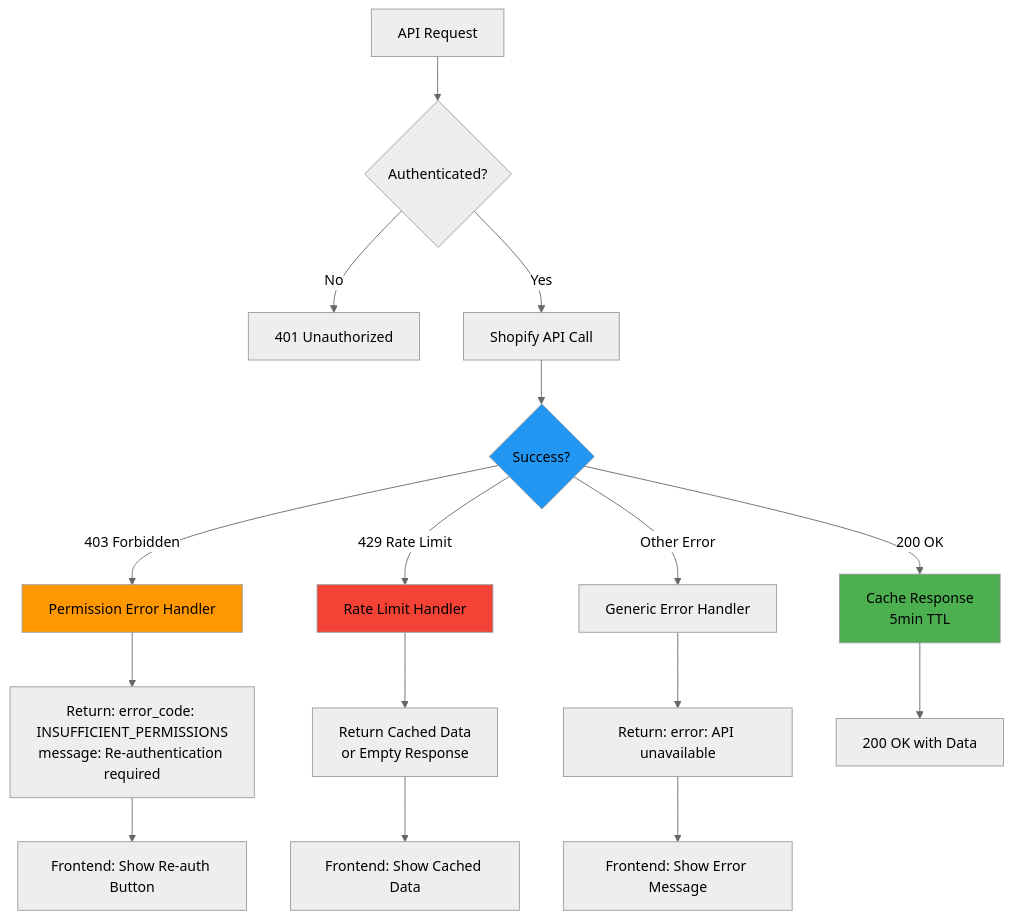
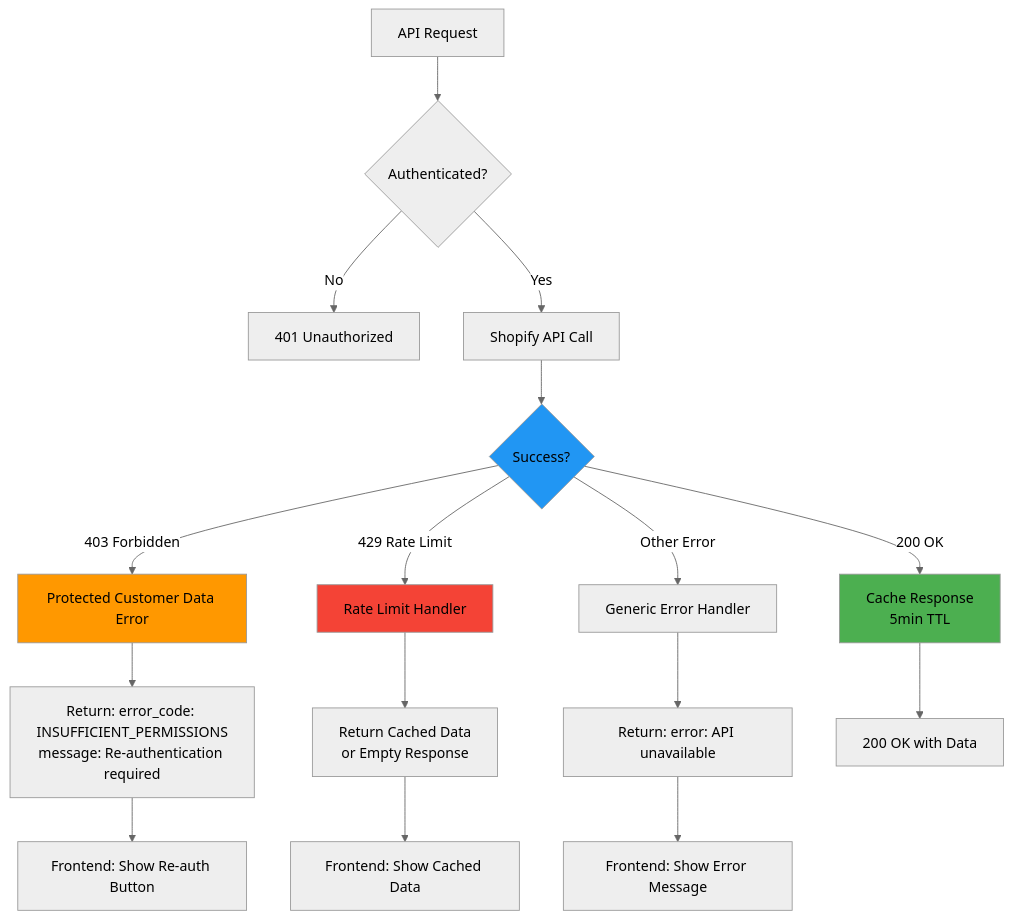
Before and after one commit to teja230/storesight: the fourth of 4 diagrams in README.md, drawn with Mermaid (neutral theme). The commit also changed other lines of this file, not shown here.

Commit message:
Update README.md; enhance project description, architecture details, and deployment instructions

````diff
--- a/README.md
+++ b/README.md
@@ -170,26 +178,26 @@
 ```mermaid
 graph TD
     Request[API Request] --> Auth{Authenticated?}
     Auth -->|No| Unauthorized[401 Unauthorized]
     Auth -->|Yes| Shopify[Shopify API Call]
     
     Shopify --> Success{Success?}
     Success -->|200 OK| Cache[Cache Response<br/>5min TTL]
-    Success -->|403 Forbidden| PermError[Permission Error Handler]
+    Success -->|403 Forbidden| PermError[Protected Customer Data Error]
     Success -->|429 Rate Limit| RateLimit[Rate Limit Handler]
     Success -->|Other Error| GenError[Generic Error Handler]
     
     PermError --> PermResponse[Return: error_code: INSUFFICIENT_PERMISSIONS<br/>message: Re-authentication required]
     RateLimit --> Fallback[Return Cached Data<br/>or Empty Response]
     GenError --> ErrorResponse[Return: error: API unavailable]
     
     Cache --> Response[200 OK with Data]
     PermResponse --> Frontend1[Frontend: Show Re-auth Button]
     Fallback --> Frontend2[Frontend: Show Cached Data]
     ErrorResponse --> Frontend3[Frontend: Show Error Message]
     
     style PermError fill:#ff9800
     style RateLimit fill:#f44336
     style Cache fill:#4caf50
     style Success fill:#2196f3
 ```
````
